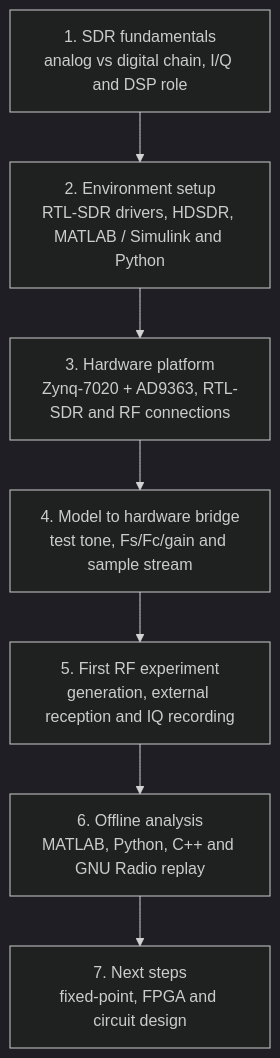
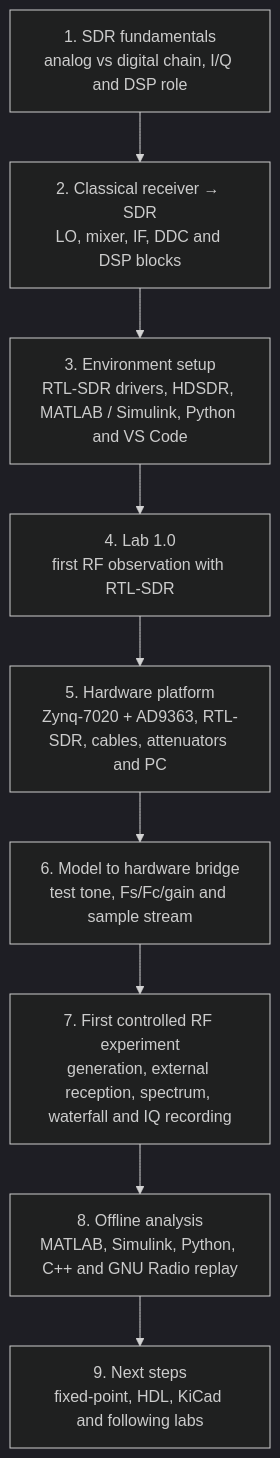
One commit to Lay007/zynq-sdr-course changed the third of 3 diagrams in blocks/block_01_intro_sdr/README_en.md. Above: the diagram before and after it, drawn with Mermaid (dark theme). The commit also changed other lines of this file, not shown here.

Commit message:
docs: expand English Block 1 SDR introduction

````diff
--- a/blocks/block_01_intro_sdr/README_en.md
+++ b/blocks/block_01_intro_sdr/README_en.md
@@ -5,12 +82,14 @@
 ```mermaid
 flowchart TB
     THEORY["1. SDR fundamentals<br/>analog vs digital chain, I/Q and DSP role"]
-    SETUP["2. Environment setup<br/>RTL-SDR drivers, HDSDR, MATLAB / Simulink and Python"]
-    HARDWARE["3. Hardware platform<br/>Zynq-7020 + AD9363, RTL-SDR and RF connections"]
-    MODEL["4. Model to hardware bridge<br/>test tone, Fs/Fc/gain and sample stream"]
-    LAB["5. First RF experiment<br/>generation, external reception and IQ recording"]
-    ANALYSIS["6. Offline analysis<br/>MATLAB, Python, C++ and GNU Radio replay"]
-    NEXT["7. Next steps<br/>fixed-point, FPGA and circuit design"]
+    CLASSIC["2. Classical receiver → SDR<br/>LO, mixer, IF, DDC and DSP blocks"]
+    SETUP["3. Environment setup<br/>RTL-SDR drivers, HDSDR, MATLAB / Simulink, Python and VS Code"]
+    RTL["4. Lab 1.0<br/>first RF observation with RTL-SDR"]
+    HARDWARE["5. Hardware platform<br/>Zynq-7020 + AD9363, RTL-SDR, cables, attenuators and PC"]
+    MODEL["6. Model to hardware bridge<br/>test tone, Fs/Fc/gain and sample stream"]
+    LAB["7. First controlled RF experiment<br/>generation, external reception, spectrum, waterfall and IQ recording"]
+    ANALYSIS["8. Offline analysis<br/>MATLAB, Simulink, Python, C++ and GNU Radio replay"]
+    NEXT["9. Next steps<br/>fixed-point, HDL, KiCad and following labs"]
 
-    THEORY --> SETUP --> HARDWARE --> MODEL --> LAB --> ANALYSIS --> NEXT
+    THEORY --> CLASSIC --> SETUP --> RTL --> HARDWARE --> MODEL --> LAB --> ANALYSIS --> NEXT
 ```
````
